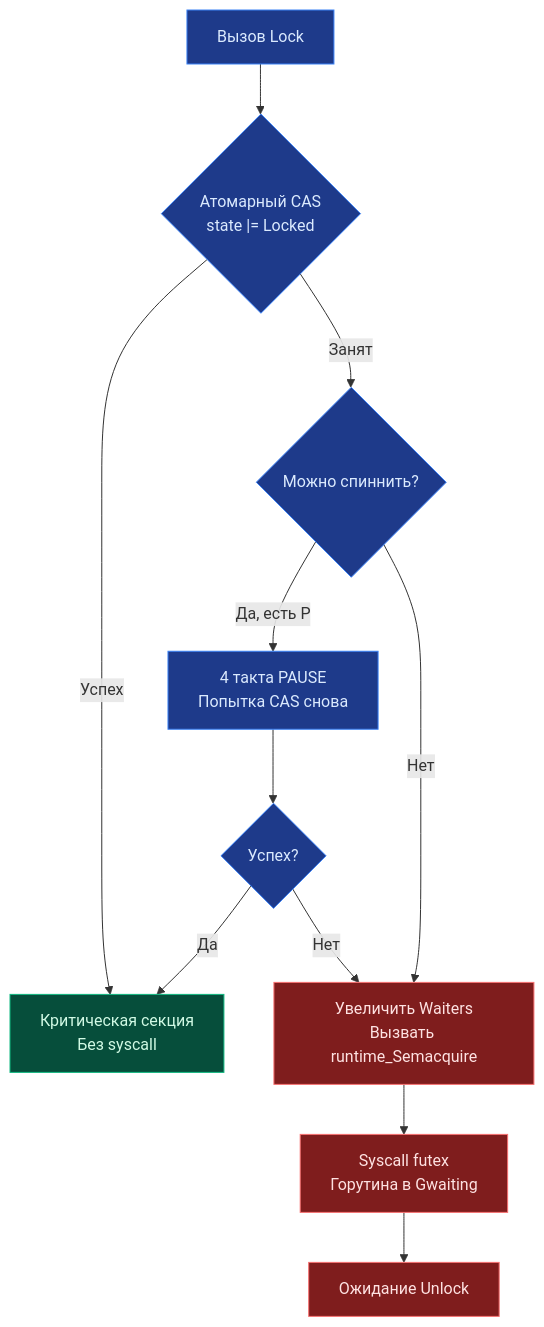
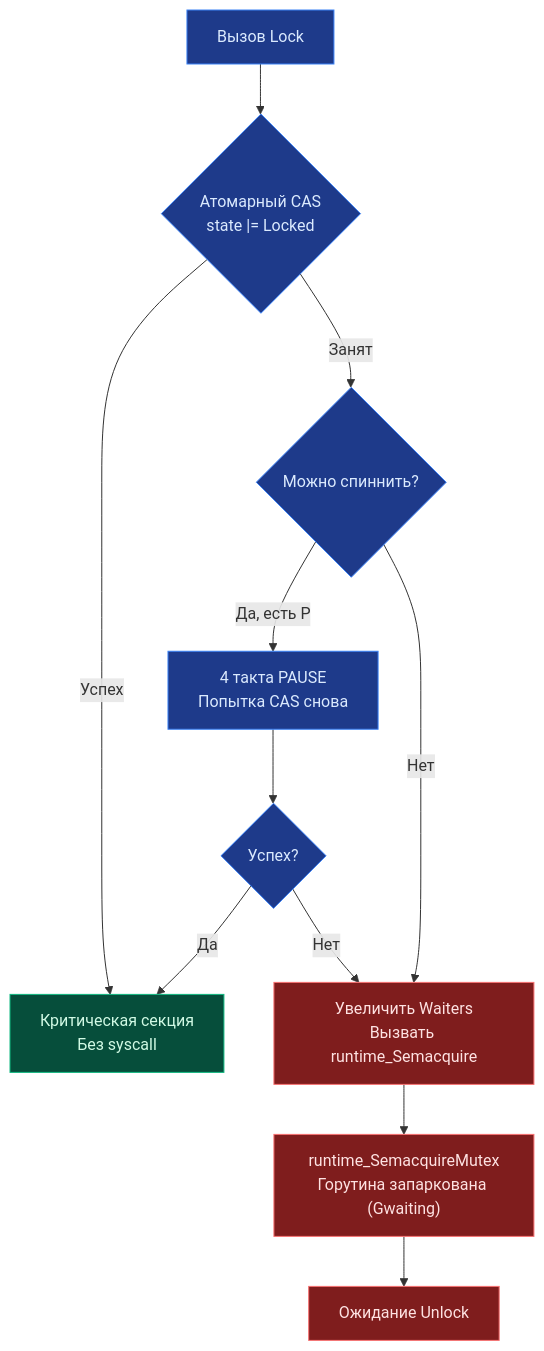
Before and after one commit to UnrealTemplier/go-textbook-ru: the diagram in sources/6. Стандартная библиотека Go/19. sync. Mutex, RWMutex, WaitGroup, Once.md, drawn with Mermaid. The commit also changed other lines of this file and 47 other files, not shown here.

````diff
--- a/sources/6. Стандартная библиотека Go/19. sync. Mutex, RWMutex, WaitGroup, Once.md
+++ b/sources/6. Стандартная библиотека Go/19. sync. Mutex, RWMutex, WaitGroup, Once.md
@@ -29,21 +31,21 @@
 ```mermaid
 flowchart TD
     A["Вызов Lock"] --> B{"Атомарный CAS<br>state |= Locked"}
     B -->|Успех| C["Критическая секция<br>Без syscall"]
     B -->|Занят| D{"Можно спиннить?"}
     D -->|Да, есть P| E["4 такта PAUSE<br>Попытка CAS снова"]
     E --> F{"Успех?"}
     F -->|Да| C
     F -->|Нет| G["Увеличить Waiters<br>Вызвать runtime_Semacquire"]
     D -->|Нет| G
-    G --> H["Syscall futex<br>Горутина в Gwaiting"]
+    G --> H["runtime_SemacquireMutex<br>Горутина запаркована (Gwaiting)"]
     H --> I["Ожидание Unlock"]
 
     classDef fast fill:#064e3b,stroke:#10b981,color:#d1fae5;
     classDef check fill:#1e3a8a,stroke:#3b82f6,color:#dbeafe;
     classDef slow fill:#7f1d1d,stroke:#f87171,color:#fee2e2;
 
     class C fast;
     class A,B,D,E,F check;
     class G,H,I slow;
 ```
````
